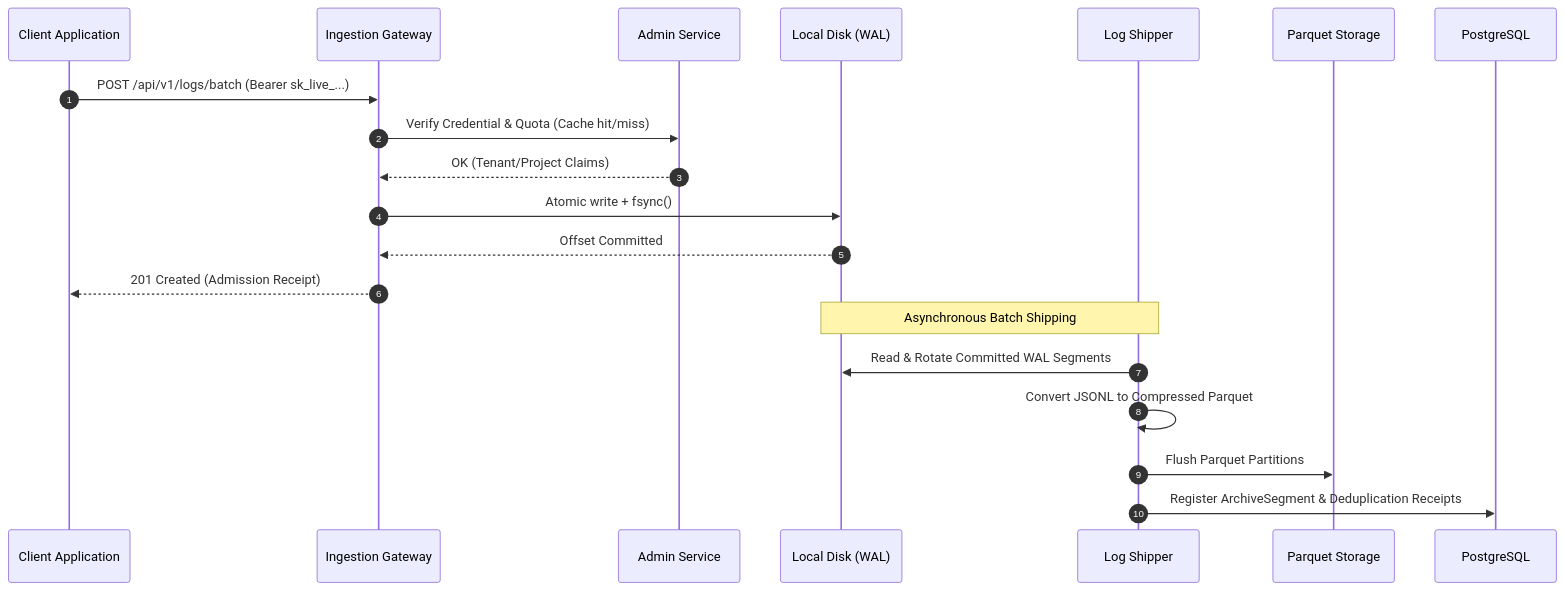
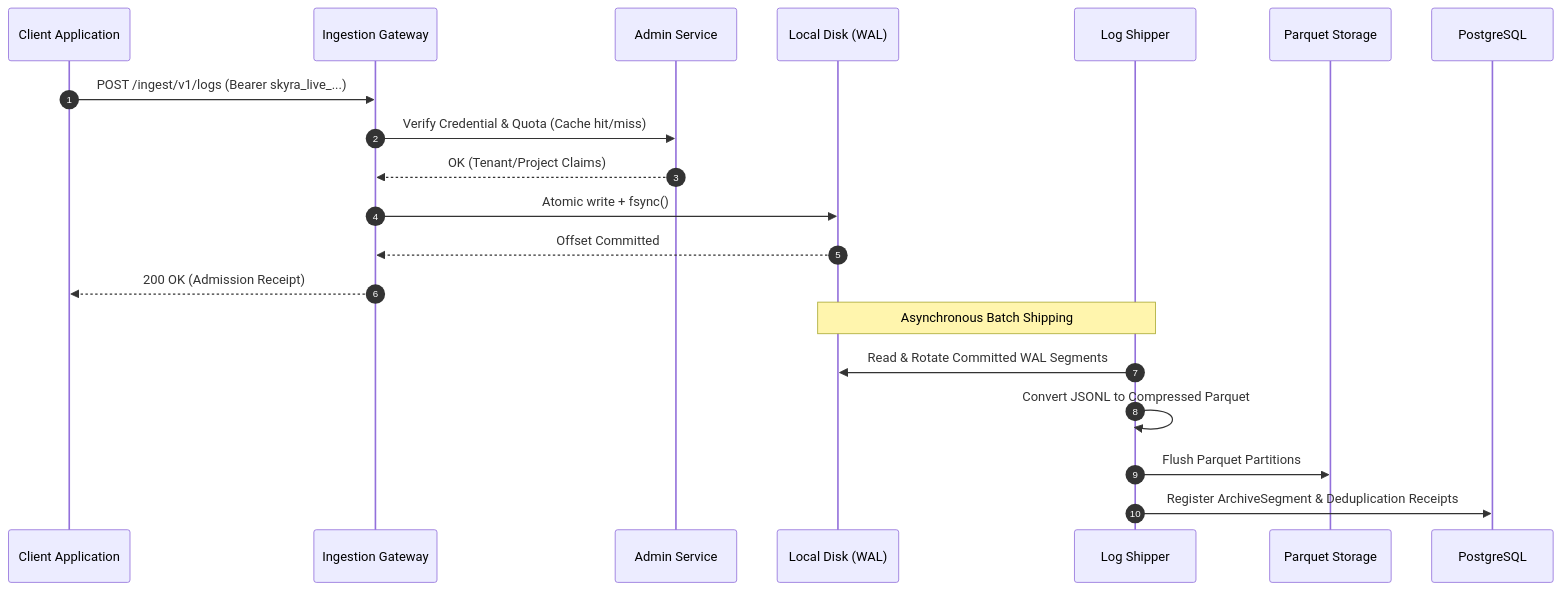
The second of 5 diagrams in docs/02-ARCHITECTURE.md (SkyraTech/skyra-log-hub), drawn with Mermaid before and after one commit. The commit also changed other lines of this file and 7 other files, not shown here.

````diff
--- a/docs/02-ARCHITECTURE.md
+++ b/docs/02-ARCHITECTURE.md
@@ -116,24 +116,24 @@
 ```mermaid
 sequenceDiagram
     autonumber
     participant Client as Client Application
     participant GW as Ingestion Gateway
     participant Admin as Admin Service
     participant Disk as Local Disk (WAL)
     participant Shipper as Log Shipper
     participant S3 as Parquet Storage
     participant PG as PostgreSQL
 
-    Client->>GW: POST /api/v1/logs/batch (Bearer sk_live_...)
+    Client->>GW: POST /ingest/v1/logs (Bearer skyra_live_...)
     GW->>Admin: Verify Credential & Quota (Cache hit/miss)
     Admin-->>GW: OK (Tenant/Project Claims)
     GW->>Disk: Atomic write + fsync()
     Disk-->>GW: Offset Committed
-    GW-->>Client: 201 Created (Admission Receipt)
+    GW-->>Client: 200 OK (Admission Receipt)
 
     Note over Disk,Shipper: Asynchronous Batch Shipping
     Shipper->>Disk: Read & Rotate Committed WAL Segments
     Shipper->>Shipper: Convert JSONL to Compressed Parquet
     Shipper->>S3: Flush Parquet Partitions
     Shipper->>PG: Register ArchiveSegment & Deduplication Receipts
 ```
````
